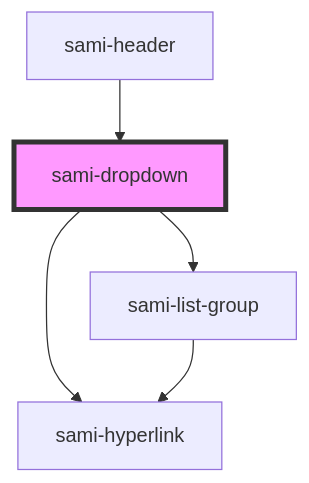
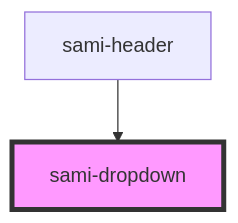
One commit to jersson-arrivasplata-rojas/STENCIL-PROY-V1-COMPONENTS-S2203 changed the diagram in output/components/molecules/dropdowns/dropdown/readme.md. Above: the diagram before and after it, drawn with Mermaid. The commit also changed other lines of this file and 186 other files, not shown here.

````diff
--- a/output/components/molecules/dropdowns/dropdown/readme.md
+++ b/output/components/molecules/dropdowns/dropdown/readme.md
@@ -42,8 +37,5 @@
 ```mermaid
 graph TD;
-  sami-dropdown --> sami-hyperlink
-  sami-dropdown --> sami-list-group
-  sami-list-group --> sami-hyperlink
   sami-header --> sami-dropdown
   style sami-dropdown fill:#f9f,stroke:#333,stroke-width:4px
 ```
````
